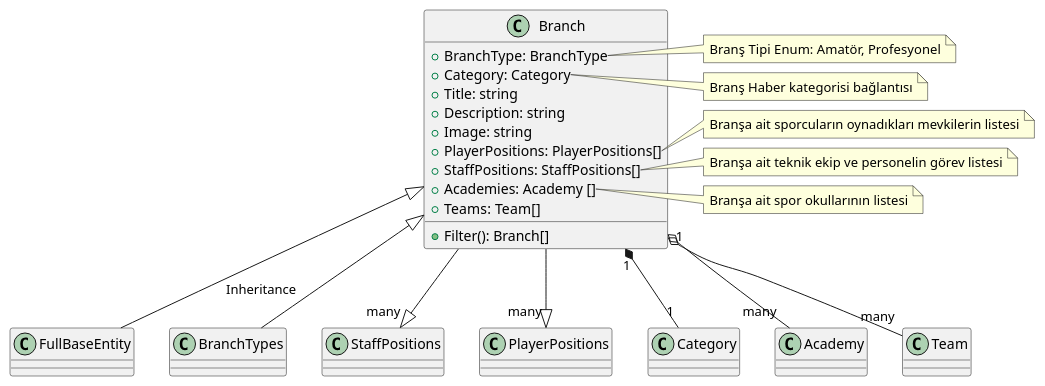
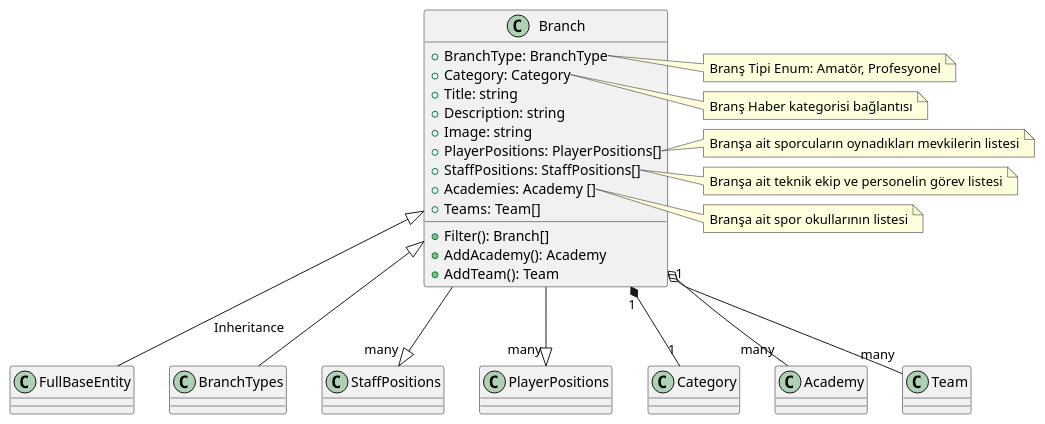
The diagram in uml/Branch/Branch.puml (evrendev/sport-club), drawn with PlantUML before and after one commit. The commit also changed 12 other files, not shown here.

Commit message:
Uml diagrams updated

```diff
--- a/uml/Branch/Branch.puml
+++ b/uml/Branch/Branch.puml
@@ -1,45 +1,47 @@
 @startuml Branch Class Diagram
 
 class Branch  {
     + BranchType: BranchType
     + Category: Category
     + Title: string
     + Description: string
     + Image: string
     + PlayerPositions: PlayerPositions[]
     + StaffPositions: StaffPositions[]
     + Academies: Academy []
     + Teams: Team[]
 
     + Filter(): Branch[]
+    + AddAcademy(): Academy
+    + AddTeam(): Team
 }
 
 Branch <|-- FullBaseEntity: Inheritance
 Branch <|-- BranchTypes
 Branch --|> "many" StaffPositions
 Branch --|> "many" PlayerPositions
 Branch "1" *-- "1" Category
 Branch o-- "many" Academy
 Branch "1" o-- "many" Team
 
 note right of Branch::BranchType
 Branş Tipi Enum: Amatör, Profesyonel
 end note
 
 note right of Branch::Category
 Branş Haber kategorisi bağlantısı
 end note
 
 note right of Branch::PlayerPositions
 Branşa ait sporcuların oynadıkları mevkilerin listesi
 end note
 
 note right of Branch::StaffPositions
 Branşa ait teknik ekip ve personelin görev listesi
 end note
 
 note right of Branch::Academies
 Branşa ait spor okullarının listesi
 end note
  
 @enduml
```
